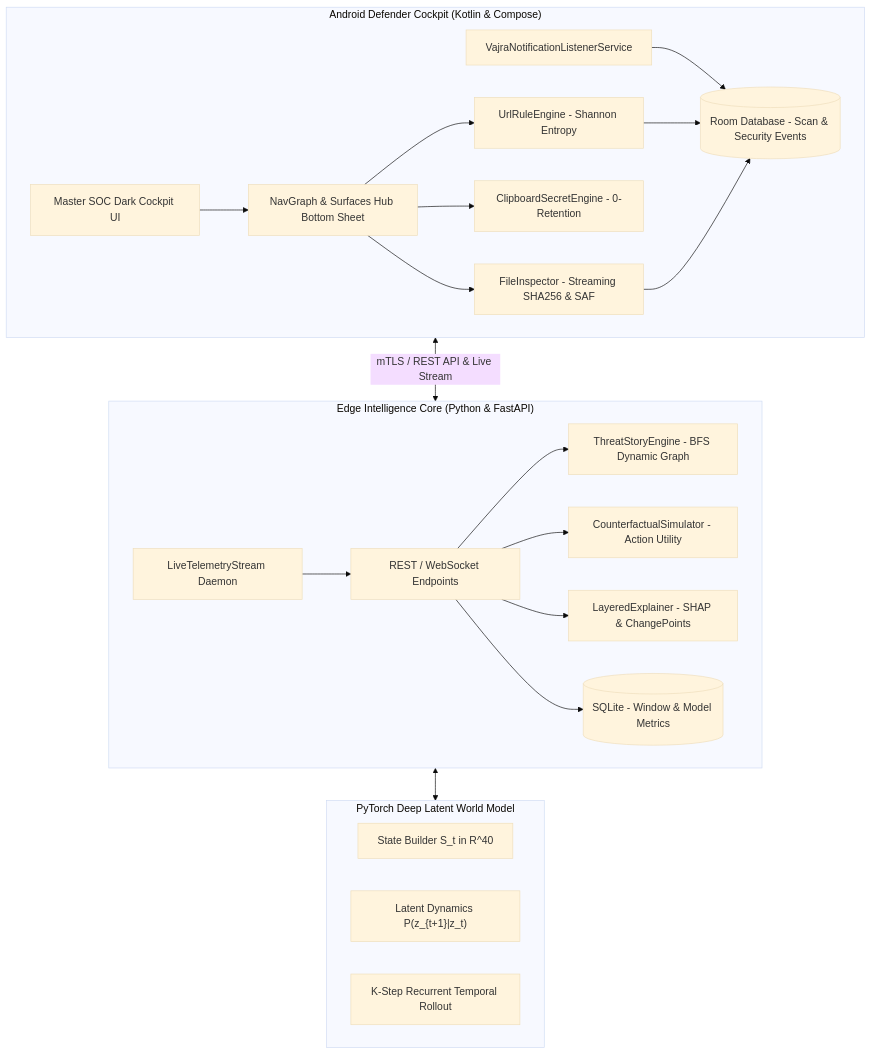
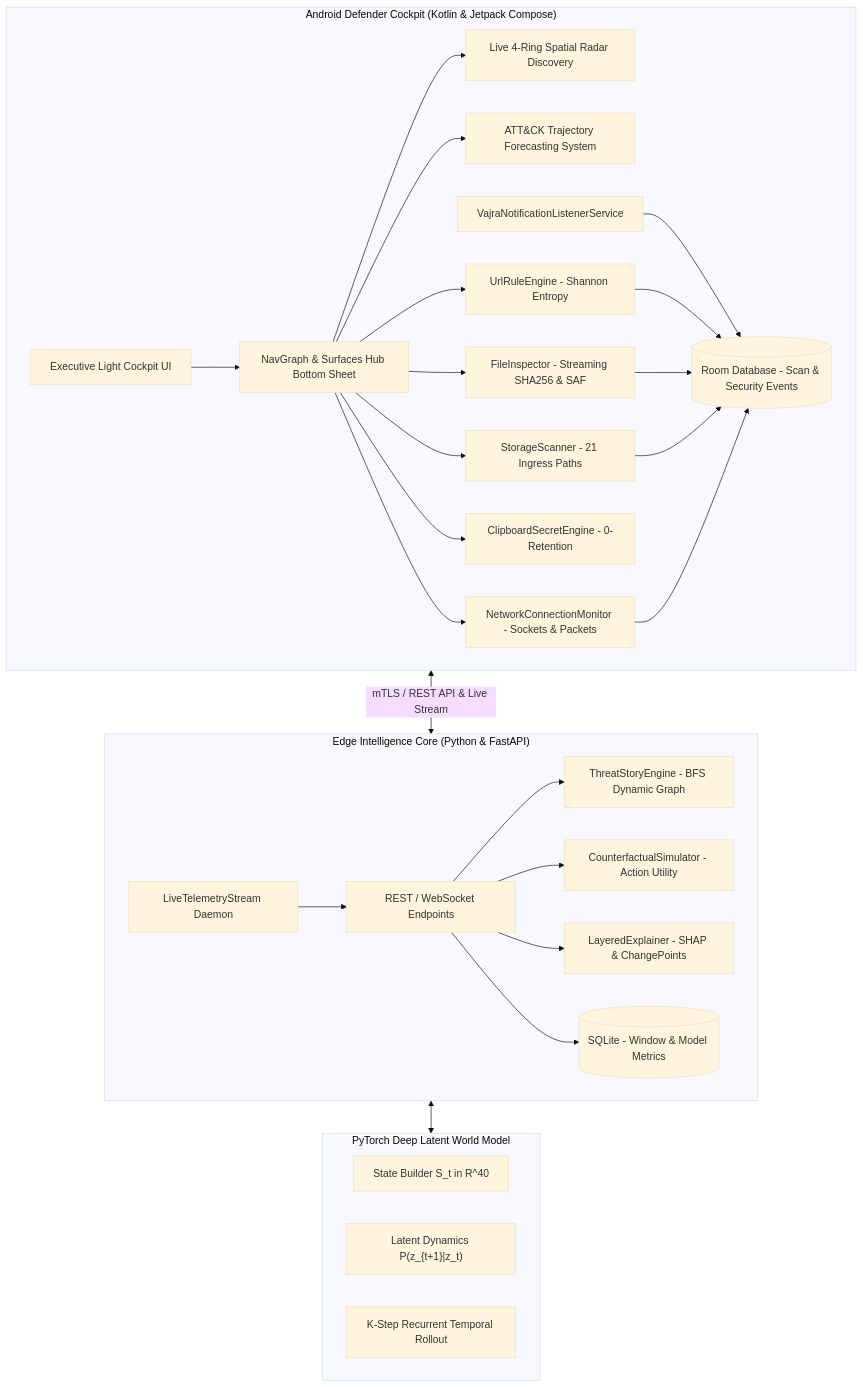
One commit to garachviraj/VajraWorld changed the diagram in README.md. Above: the diagram before and after it, drawn with Mermaid (base theme). The commit also changed other lines of this file and 43 other files, not shown here.

Commit message:
feat: live 4-ring radar discovery, dynamic att&ck trajectory forecasting, executive light theme & single-hero cockpit documentation

````diff
--- a/README.md
+++ b/README.md
@@ -128,43 +73,53 @@
 ```mermaid
 graph TD
-    subgraph Android_Defender_Cockpit["Android Defender Cockpit (Kotlin & Compose)"]
-        UI["Master SOC Dark Cockpit UI"]
+    subgraph Android_Defender_Cockpit["Android Defender Cockpit (Kotlin & Jetpack Compose)"]
+        UI["Executive Light Cockpit UI"]
         NAV["NavGraph & Surfaces Hub Bottom Sheet"]
+        RADAR_ENG["Live 4-Ring Spatial Radar Discovery"]
+        TRAJ_ENG["ATT&CK Trajectory Forecasting System"]
         URL_ENG["UrlRuleEngine - Shannon Entropy"]
         FILE_ENG["FileInspector - Streaming SHA256 & SAF"]
+        INGRESS_ENG["StorageScanner - 21 Ingress Paths"]
+        NET_ENG["NetworkConnectionMonitor - Sockets & Packets"]
         CLIP_ENG["ClipboardSecretEngine - 0-Retention"]
         NOTIF_SVC["VajraNotificationListenerService"]
         ROOM[("Room Database - Scan & Security Events")]
     end
 
     subgraph Edge_Intelligence_Core["Edge Intelligence Core (Python & FastAPI)"]
         API["REST / WebSocket Endpoints"]
         LIVE["LiveTelemetryStream Daemon"]
         STORY_ENG["ThreatStoryEngine - BFS Dynamic Graph"]
         SIM_ENG["CounterfactualSimulator - Action Utility"]
         EXPLAIN_ENG["LayeredExplainer - SHAP & ChangePoints"]
         DB_SQLITE[("SQLite - Window & Model Metrics")]
     end
 
     subgraph PyTorch_World_Model["PyTorch Deep Latent World Model"]
         ENC["State Builder S_t in R^40"]
         LATENT["Latent Dynamics P(z_{t+1}|z_t)"]
         ROLLOUT["K-Step Recurrent Temporal Rollout"]
     end
 
     UI --> NAV
+    NAV --> RADAR_ENG
+    NAV --> TRAJ_ENG
     NAV --> URL_ENG
     NAV --> FILE_ENG
+    NAV --> INGRESS_ENG
+    NAV --> NET_ENG
     NAV --> CLIP_ENG
     NOTIF_SVC --> ROOM
     URL_ENG --> ROOM
     FILE_ENG --> ROOM
+    INGRESS_ENG --> ROOM
+    NET_ENG --> ROOM
 
     Android_Defender_Cockpit <-->|"mTLS / REST API & Live Stream"| Edge_Intelligence_Core
     Edge_Intelligence_Core <--> PyTorch_World_Model
     LIVE --> API
     API --> STORY_ENG
     API --> SIM_ENG
     API --> EXPLAIN_ENG
     API --> DB_SQLITE
 ```
````
